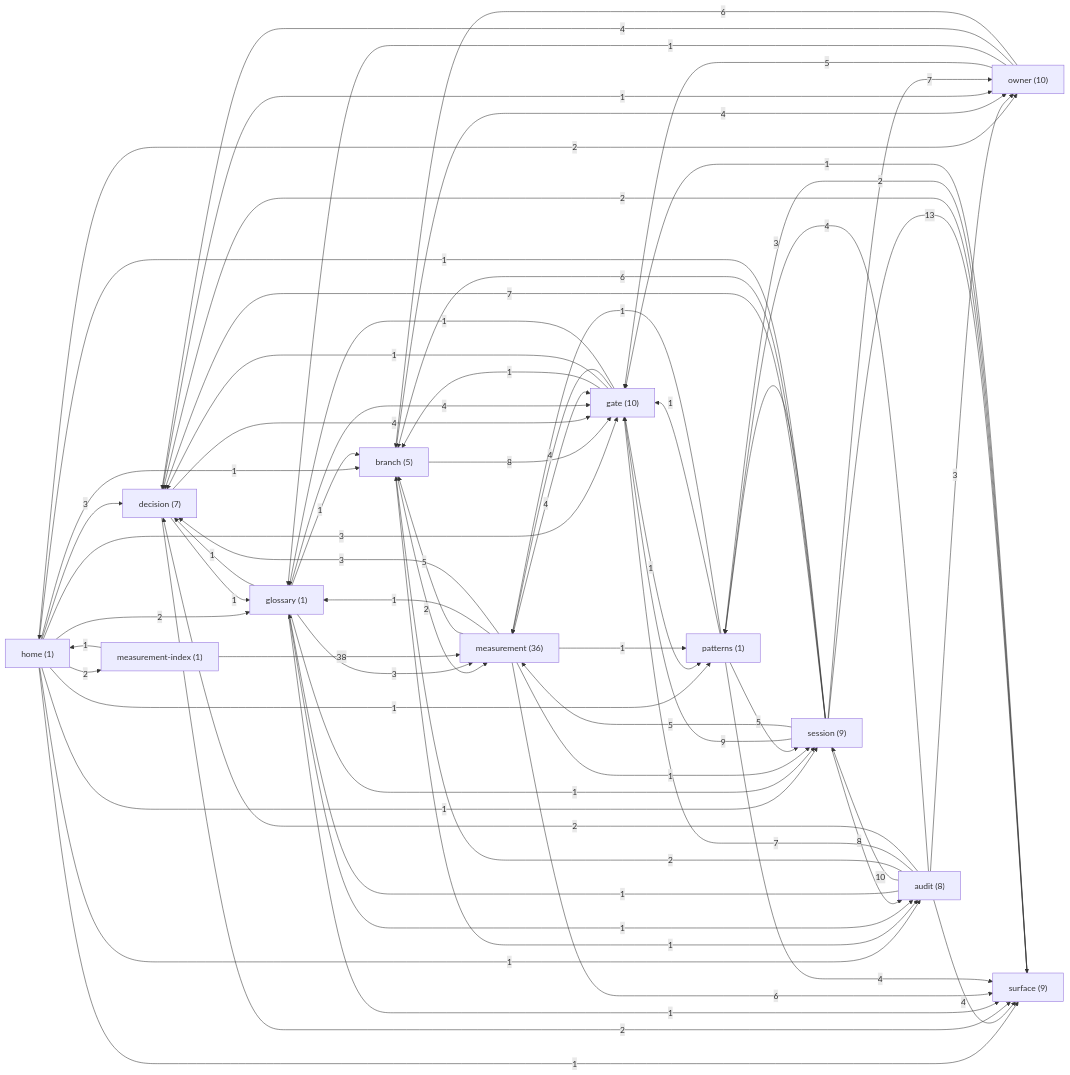
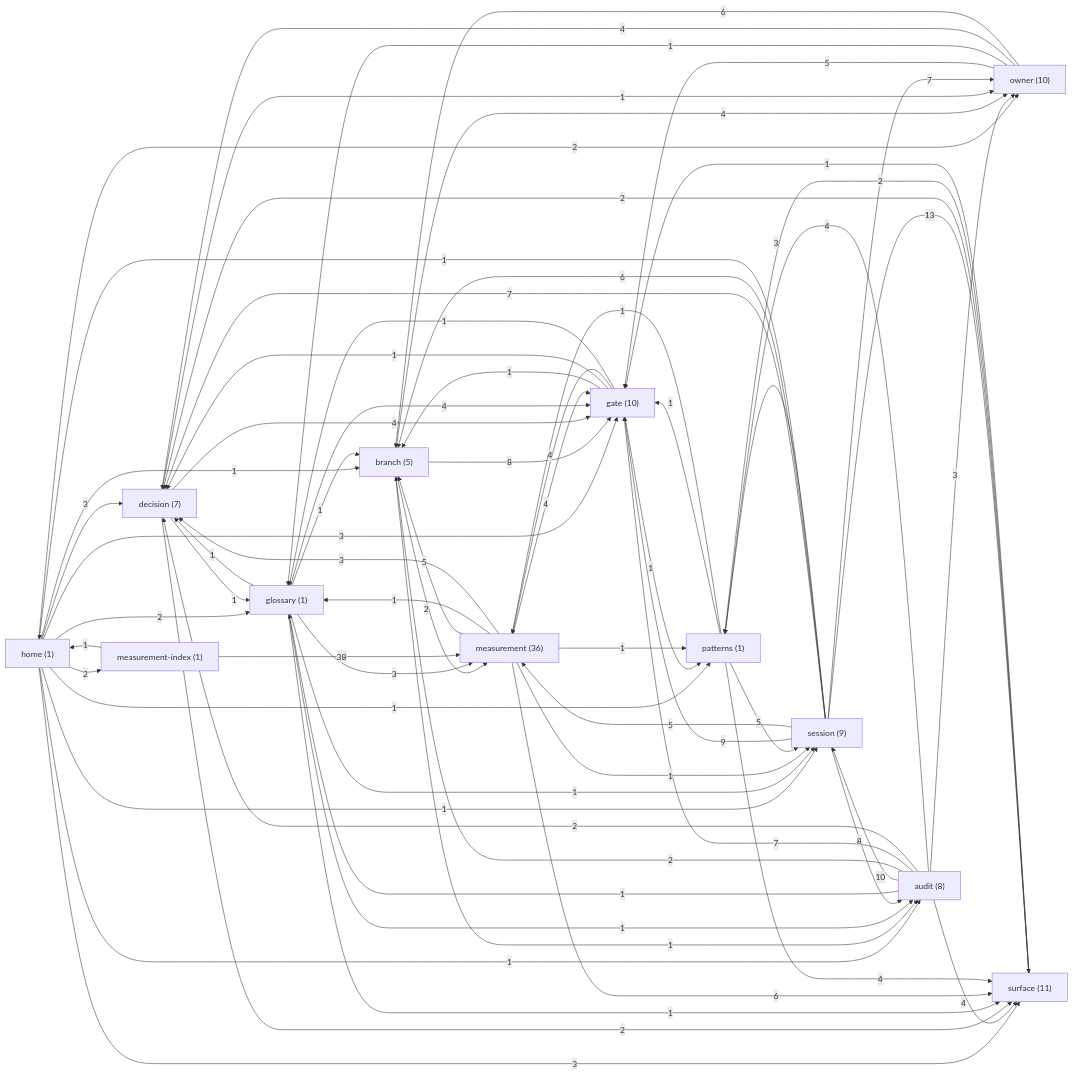
Before and after one commit to sergey9519546/STORYMACHINE: the diagram in docs/brain/GRAPH.md, drawn with Mermaid. The commit also changed other lines of this file and 16 other files, not shown here.

````diff
--- a/docs/brain/GRAPH.md
+++ b/docs/brain/GRAPH.md
@@ -9,82 +9,82 @@
 ```mermaid
 graph LR
   home["home (1)"]
   audit["audit (8)"]
   branch["branch (5)"]
   decision["decision (7)"]
   gate["gate (10)"]
   glossary["glossary (1)"]
   measurement["measurement (36)"]
   measurement_index["measurement-index (1)"]
   owner["owner (10)"]
   patterns["patterns (1)"]
   session["session (9)"]
-  surface["surface (9)"]
+  surface["surface (11)"]
   home -->|3| decision
   home -->|2| glossary
   home -->|3| gate
   home -->|2| measurement_index
   home -->|2| owner
-  home -->|1| surface
+  home -->|3| surface
   home -->|1| session
   home -->|1| audit
   home -->|1| branch
   home -->|1| patterns
   audit -->|1| glossary
   audit -->|10| session
   audit -->|2| branch
   audit -->|7| gate
   audit -->|2| decision
   audit -->|4| patterns
   audit -->|3| owner
   audit -->|4| surface
   branch -->|2| measurement
   branch -->|8| gate
   branch -->|1| audit
   branch -->|4| owner
   decision -->|1| glossary
   decision -->|4| gate
   decision -->|2| surface
   decision -->|1| owner
   gate -->|1| branch
   gate -->|1| decision
   gate -->|4| measurement
   gate -->|1| patterns
   gate -->|1| glossary
   glossary -->|1| branch
   glossary -->|3| measurement
   glossary -->|1| surface
   glossary -->|4| gate
   glossary -->|1| session
   glossary -->|1| decision
   glossary -->|1| audit
   measurement -->|5| branch
   measurement -->|4| gate
   measurement -->|1| glossary
   measurement -->|1| session
   measurement -->|3| decision
   measurement -->|1| patterns
   measurement -->|6| surface
   measurement_index -->|1| home
   measurement_index -->|38| measurement
   owner -->|5| gate
   owner -->|1| glossary
   owner -->|4| decision
   owner -->|6| branch
   patterns -->|5| session
   patterns -->|4| surface
   patterns -->|1| gate
   patterns -->|1| measurement
   session -->|9| gate
   session -->|8| audit
   session -->|5| measurement
   session -->|7| decision
   session -->|13| surface
   session -->|6| branch
   session -->|1| home
   session -->|3| patterns
   session -->|7| owner
   surface -->|2| decision
   surface -->|2| patterns
   surface -->|1| gate
 ```
````
